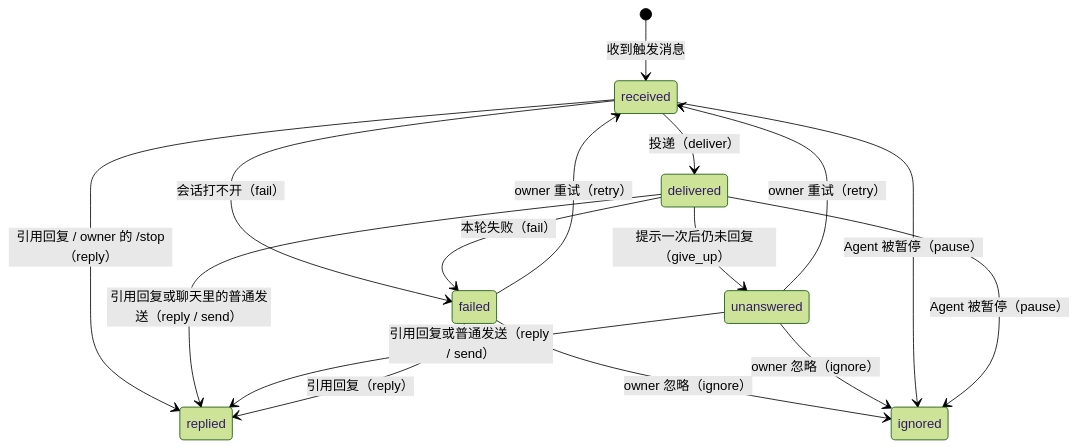
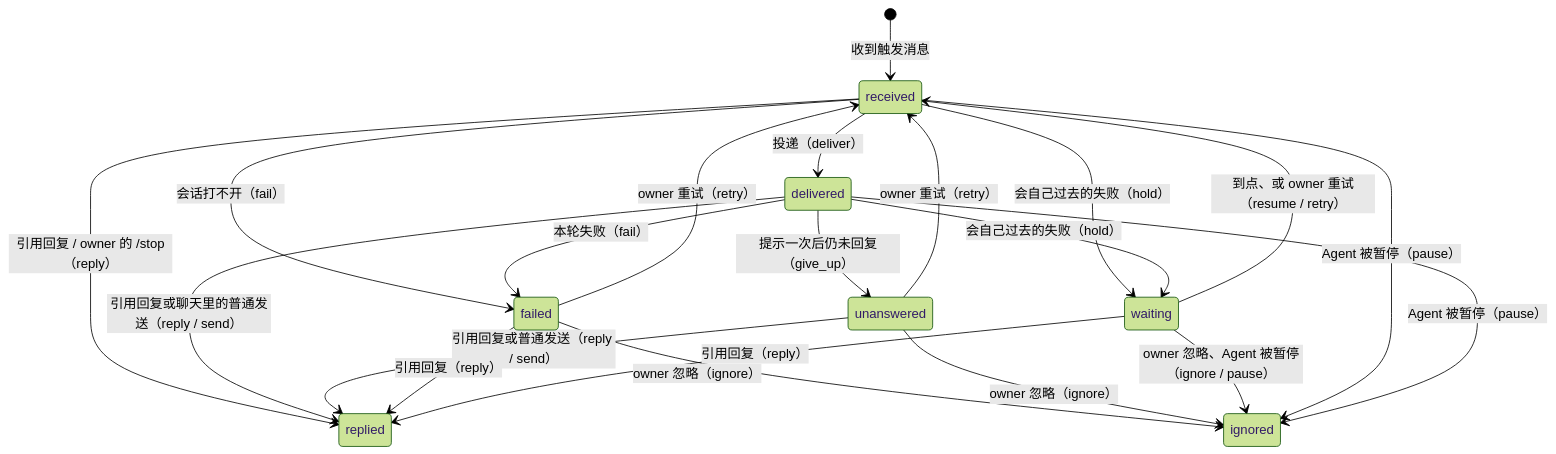
Before and after one commit to earayu/Mingle: the second of 5 diagrams in docs/spec.md, drawn with Mermaid (forest theme). The commit also changed other lines of this file and 14 other files, not shown here.

````diff
--- a/docs/spec.md
+++ b/docs/spec.md
@@ -235,18 +248,23 @@
 ```mermaid
 stateDiagram-v2
   [*] --> received: 收到触发消息
   received --> delivered: 投递（deliver）
   received --> failed: 会话打不开（fail）
   delivered --> failed: 本轮失败（fail）
   delivered --> unanswered: 提示一次后仍未回复（give_up）
   received --> replied: 引用回复 / owner 的 /stop（reply）
   delivered --> replied: 引用回复或聊天里的普通发送（reply / send）
   unanswered --> replied: 引用回复或普通发送（reply / send）
   failed --> replied: 引用回复（reply）
   failed --> received: owner 重试（retry）
   unanswered --> received: owner 重试（retry）
   failed --> ignored: owner 忽略（ignore）
   unanswered --> ignored: owner 忽略（ignore）
+  received --> waiting: 会自己过去的失败（hold）
+  delivered --> waiting: 会自己过去的失败（hold）
+  waiting --> received: 到点、或 owner 重试（resume / retry）
+  waiting --> replied: 引用回复（reply）
+  waiting --> ignored: owner 忽略、Agent 被暂停（ignore / pause）
   received --> ignored: Agent 被暂停（pause）
   delivered --> ignored: Agent 被暂停（pause）
 ```
````
